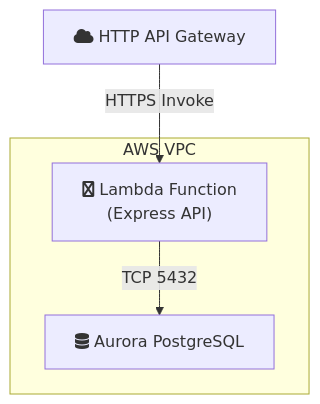
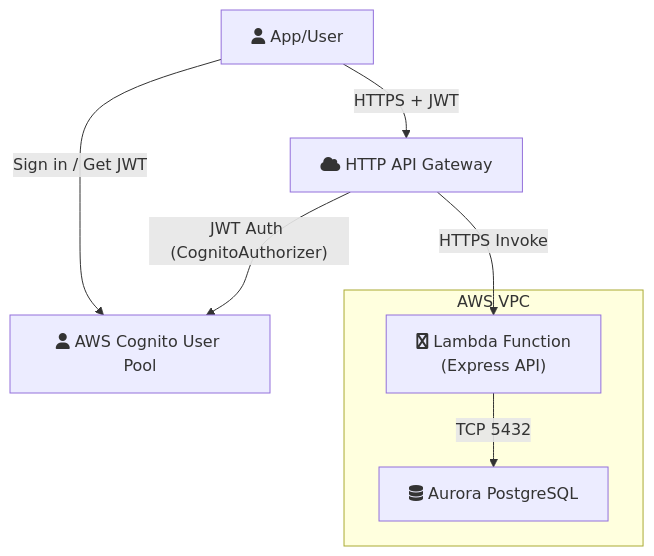
Before and after one commit to joymathews/trail: the diagram in backend/documents/aws-infr.md, drawn with Mermaid. The commit also changed other lines of this file and 1 other file, not shown here.

Commit message:
feat: add Cognito authentication support in API Gateway and update documentation

````diff
--- a/backend/documents/aws-infr.md
+++ b/backend/documents/aws-infr.md
@@ -71,11 +80,16 @@
 ```mermaid
 %%{init: { 'theme': 'default', 'themeVariables': { 'fontFamily': 'Arial' } }}%%
 flowchart TD
     subgraph VPC["AWS VPC"]
         Lambda["fa:fa-aws Lambda Function\n(Express API)"]
         Aurora["fa:fa-database Aurora PostgreSQL"]
         Lambda -- "TCP 5432" --> Aurora
     end
     API["fa:fa-cloud HTTP API Gateway"]
+    Cognito["fa:fa-user AWS Cognito User Pool"]
+    User["fa:fa-user App/User"]
+    User -- "Sign in / Get JWT" --> Cognito
+    User -- "HTTPS + JWT" --> API
+    API -- "JWT Auth (CognitoAuthorizer)" --> Cognito
     API -- "HTTPS Invoke" --> Lambda
 ```
````
